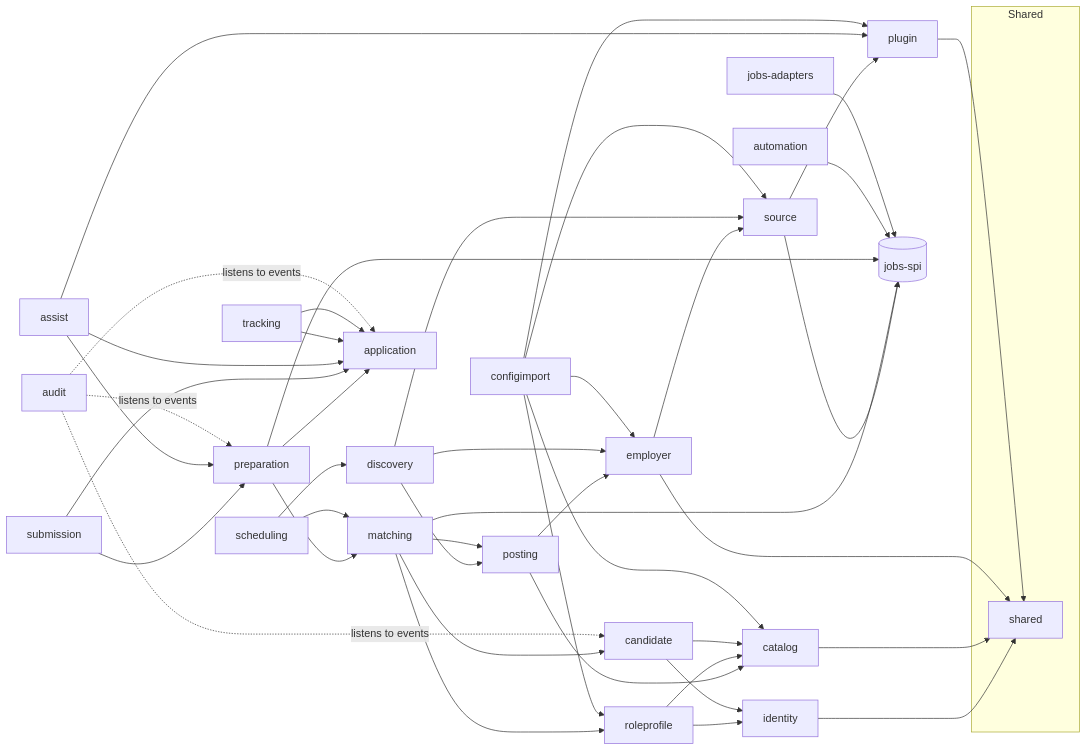
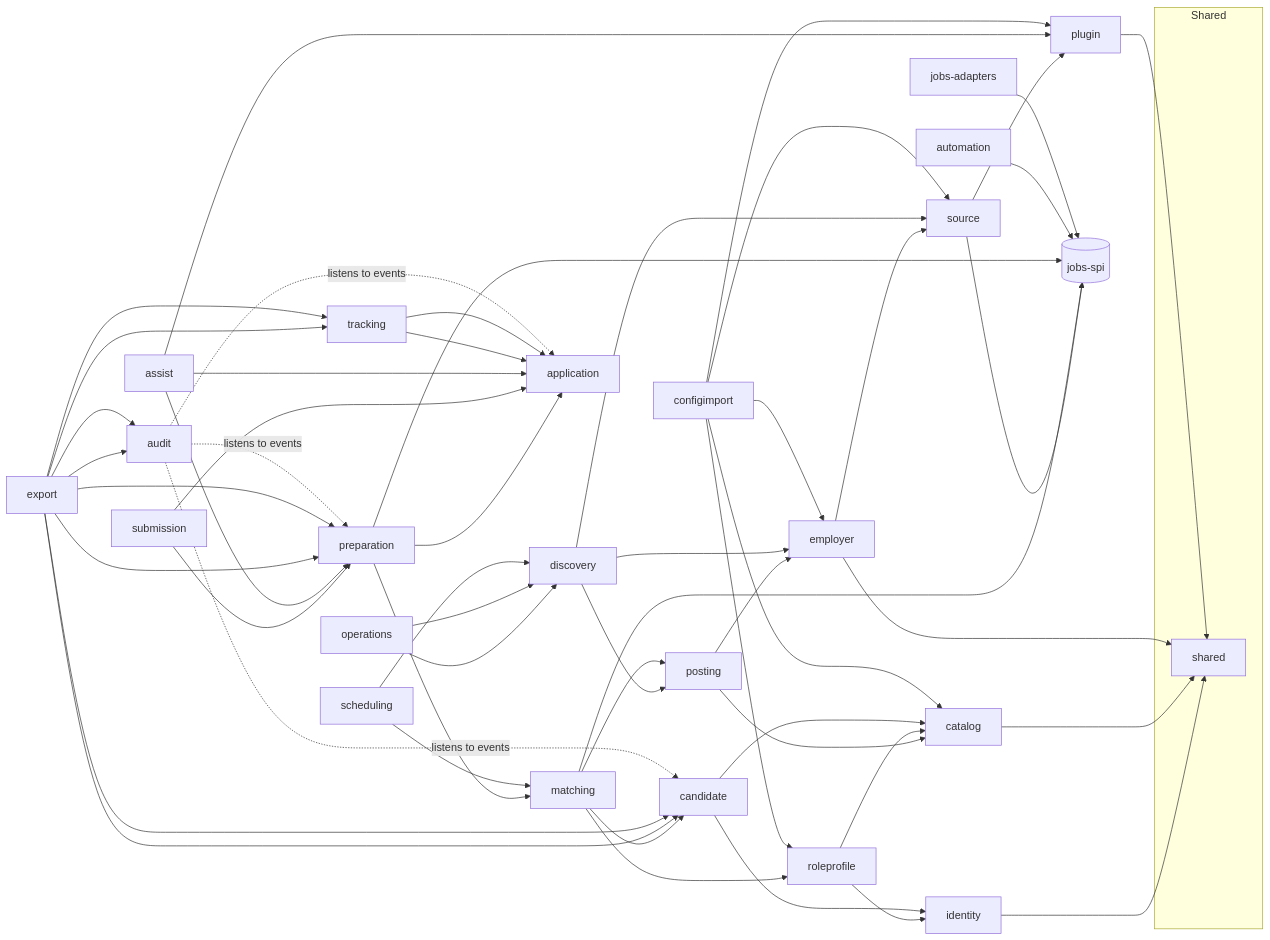
One commit to Darpan-Balar/JobsApply changed the first of 2 diagrams in docs/architecture/README.md. Above: the diagram before and after it, drawn with Mermaid. The commit also changed other lines of this file and 13 other files, not shown here.

````diff
--- a/docs/architecture/README.md
+++ b/docs/architecture/README.md
@@ -99,49 +99,59 @@
 ```mermaid
 flowchart LR
   subgraph Shared
     shared
   end
   identity --> shared
   catalog --> shared
   employer --> shared
   employer --> source
   source --> plugin
   plugin --> shared
   posting --> employer
   posting --> catalog
   discovery --> source
   discovery --> employer
   discovery --> posting
   roleprofile --> catalog
   roleprofile --> identity
   candidate --> identity
   candidate --> catalog
   matching --> posting
   matching --> candidate
   matching --> roleprofile
   preparation --> matching
   preparation --> application
   submission --> preparation
   submission --> application
   assist --> application
   assist --> preparation
   assist --> plugin
   tracking --> application
+  operations --> discovery
+  export --> candidate
+  export --> preparation
+  export --> tracking
+  export --> audit
   tracking --> application
+  operations --> discovery
+  export --> candidate
+  export --> preparation
+  export --> tracking
+  export --> audit
   scheduling --> discovery
   scheduling --> matching
   configimport --> employer
   configimport --> plugin
   configimport --> source
   configimport --> roleprofile
   configimport --> catalog
   audit -. listens to events .-> application
   audit -. listens to events .-> preparation
   audit -. listens to events .-> candidate
   SPI[(jobs-spi)]
   source --> SPI
   matching --> SPI
   preparation --> SPI
   automation --> SPI
   ADP[jobs-adapters] --> SPI
 ```
````
